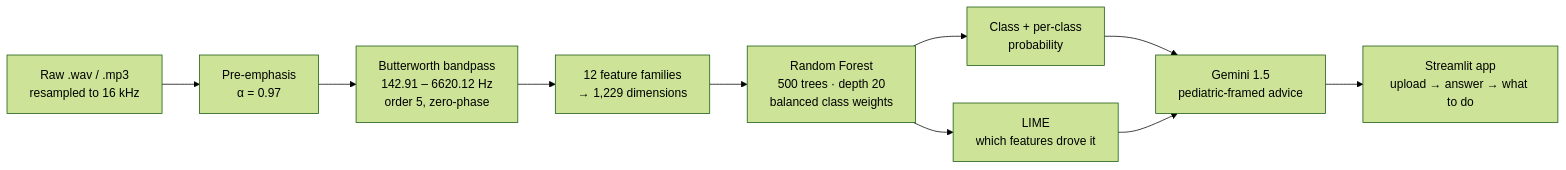
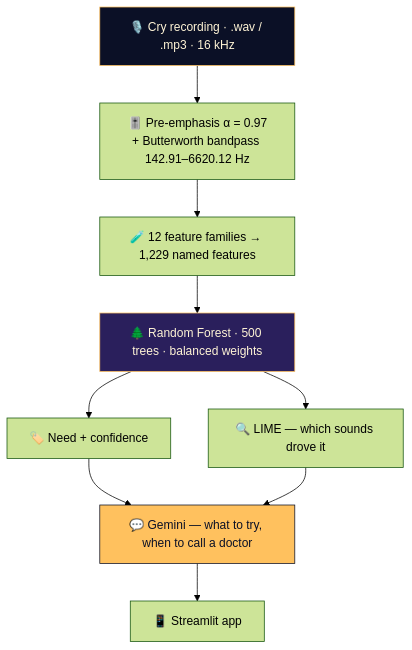
One commit to Vishal-AS-0407/portfolio changed the diagram in gh-readmes/Why-is-my-Baby-Crying/README.md. Above: the diagram before and after it, drawn with Mermaid (forest theme). The commit also changed other lines of this file and 62 other files, not shown here.

````diff
--- a/gh-readmes/Why-is-my-Baby-Crying/README.md
+++ b/gh-readmes/Why-is-my-Baby-Crying/README.md
@@ -46,12 +89,14 @@
 ```mermaid
-flowchart LR
-    A["Raw .wav / .mp3<br/>resampled to 16 kHz"] --> B["Pre-emphasis<br/>α = 0.97"]
-    B --> C["Butterworth bandpass<br/>142.91 – 6620.12 Hz<br/>order 5, zero-phase"]
-    C --> D["12 feature families<br/>→ 1,229 dimensions"]
-    D --> E["Random Forest<br/>500 trees · depth 20<br/>balanced class weights"]
-    E --> F["Class + per-class<br/>probability"]
-    E --> G["LIME<br/>which features drove it"]
-    F --> H["Gemini 1.5<br/>pediatric-framed advice"]
+flowchart TD
+    A["🎙️ Cry recording · .wav / .mp3 · 16 kHz"] --> B["🎚️ Pre-emphasis α = 0.97<br/>+ Butterworth bandpass 142.91–6620.12 Hz"]
+    B --> D["🧪 12 feature families → 1,229 named features"]
+    D --> E["🌲 Random Forest · 500 trees · balanced weights"]
+    E --> F["🏷️ Need + confidence"]
+    E --> G["🔍 LIME — which sounds drove it"]
+    F --> H["💬 Gemini — what to try, when to call a doctor"]
     G --> H
-    H --> I["Streamlit app<br/>upload → answer → what to do"]
+    H --> I["📱 Streamlit app"]
+    style A fill:#0B1026,stroke:#FFC15E,color:#FFF4D6
+    style E fill:#2A1F5C,stroke:#FFC15E,color:#FFF4D6
+    style H fill:#FFC15E,stroke:#0B1026,color:#0B1026
 ```
````
